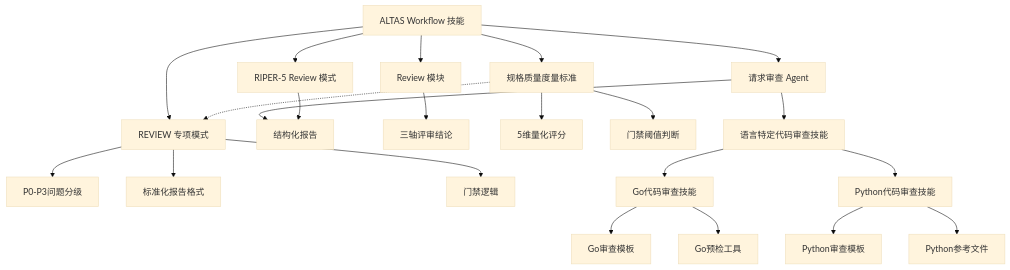
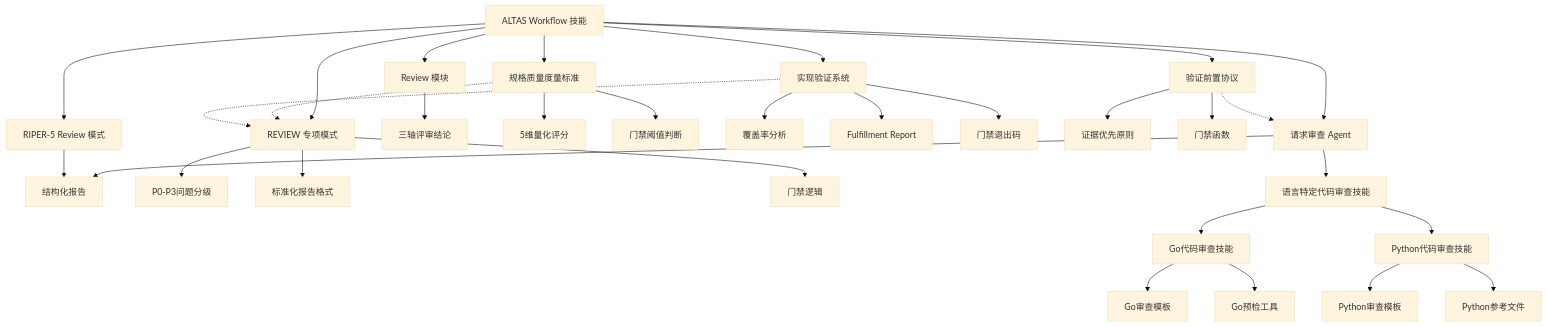
Before and after one commit to AngelWings1997/altas: diagram 12 of 12 in .qoder/repowiki/zh/content/超级能力模块/代码审查流程/代码审查流程.md, drawn with Mermaid (base theme). The commit also changed other lines of this file and 14 other files, not shown here.

````diff
--- a/.qoder/repowiki/zh/content/超级能力模块/代码审查流程/代码审查流程.md
+++ b/.qoder/repowiki/zh/content/超级能力模块/代码审查流程/代码审查流程.md
@@ -667,24 +821,33 @@
 ```mermaid
 graph TB
 WF["ALTAS Workflow 技能"] --> RM["Review 模块"]
 WF --> RA["请求审查 Agent"]
 WF --> REV["REVIEW 专项模式"]
 WF --> SQM["规格质量度量标准"]
+WF --> IV["实现验证系统"]
+WF --> VBC["验证前置协议"]
 RA --> OUT["结构化报告"]
 RM --> CONC["三轴评审结论"]
 REV --> PLEVEL["P0-P3问题分级"]
 REV --> REPORT["标准化报告格式"]
 REV --> GATES["门禁逻辑"]
 SQM --> SCORE["5维量化评分"]
 SQM --> THRESHOLD["门禁阈值判断"]
+IV --> COVERAGE["覆盖率分析"]
+IV --> FRREPORT["Fulfillment Report"]
+IV --> EXITCODE["门禁退出码"]
+VBC --> EVIDENCE["证据优先原则"]
+VBC --> GATEFUNC["门禁函数"]
 WF --> PROT["RIPER-5 Review 模式"]
 PROT --> OUT
 SQM -.-> REV
+IV -.-> REV
+VBC -.-> RA
 RA --> LANGSKILLS["语言特定代码审查技能"]
 LANGSKILLS --> GOSKILL["Go代码审查技能"]
 LANGSKILLS --> PYTHONSkill["Python代码审查技能"]
 GOSKILL --> GOTEMPLATE["Go审查模板"]
 GOSKILL --> GOPRECHECK["Go预检工具"]
 PYTHONSkill --> PYTHONTEMPLATE["Python审查模板"]
 PYTHONSkill --> PYTHONREFS["Python参考文件"]
 ```
````
